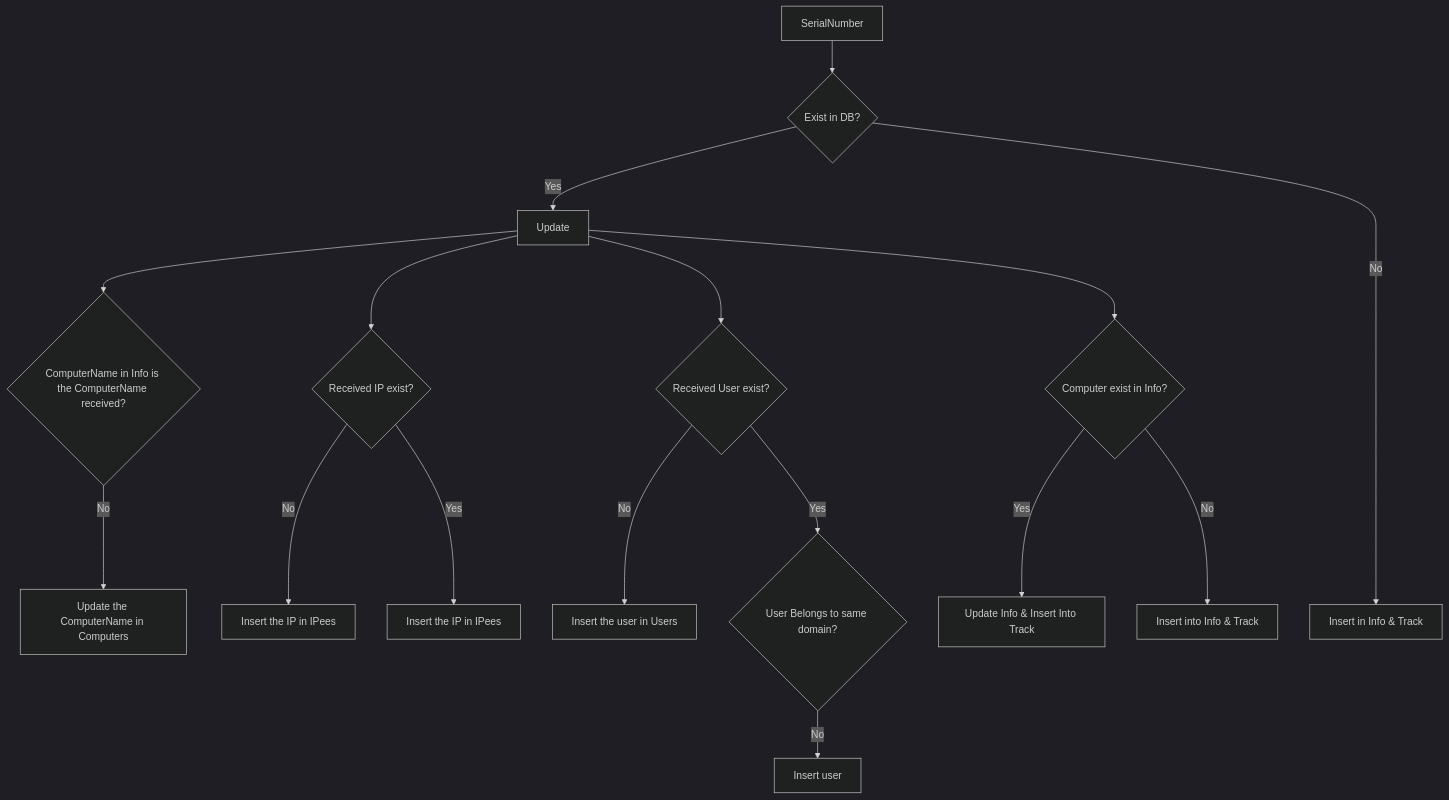
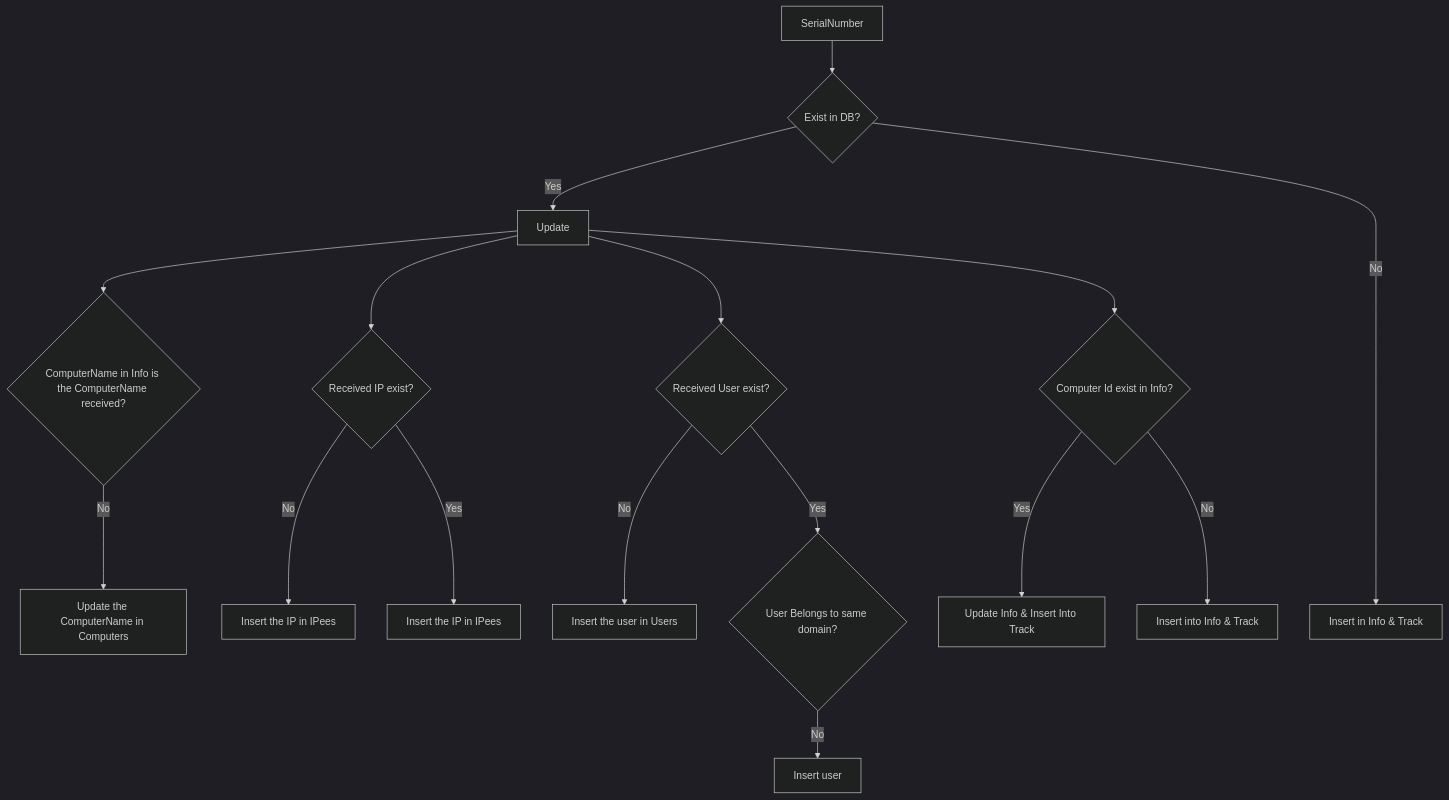
The second of 4 diagrams in README.md (YazidEl7/Info_Project), drawn with Mermaid (dark theme) before and after one commit.

````diff
--- a/README.md
+++ b/README.md
@@ -37,18 +37,18 @@
 ```mermaid
 graph TD;
     A[SerialNumber] --> B{Exist in DB?};
     B -->|Yes| C[Update];
     C --> D{ComputerName in Info is the ComputerName received?};
     D --> |No| F[Update the ComputerName in Computers];
     C --> G{Received IP exist?};
     G --> |No| H[Insert the IP in IPees];
     G --> |Yes| I[Insert the IP in IPees];
     C --> J{Received User exist?};
     J --> |No| K[Insert the user in Users];
     J --> |Yes| O{User Belongs to same domain?};
     O --> |No| P[Insert user];
-    C --> L{Computer exist in Info?};
+    C --> L{Computer Id exist in Info?};
     L --> |Yes| M[Update Info & Insert Into Track];
     L --> |No| N[Insert into Info & Track];
     B ---->|No| E[Insert in Info & Track];
 ```
````
